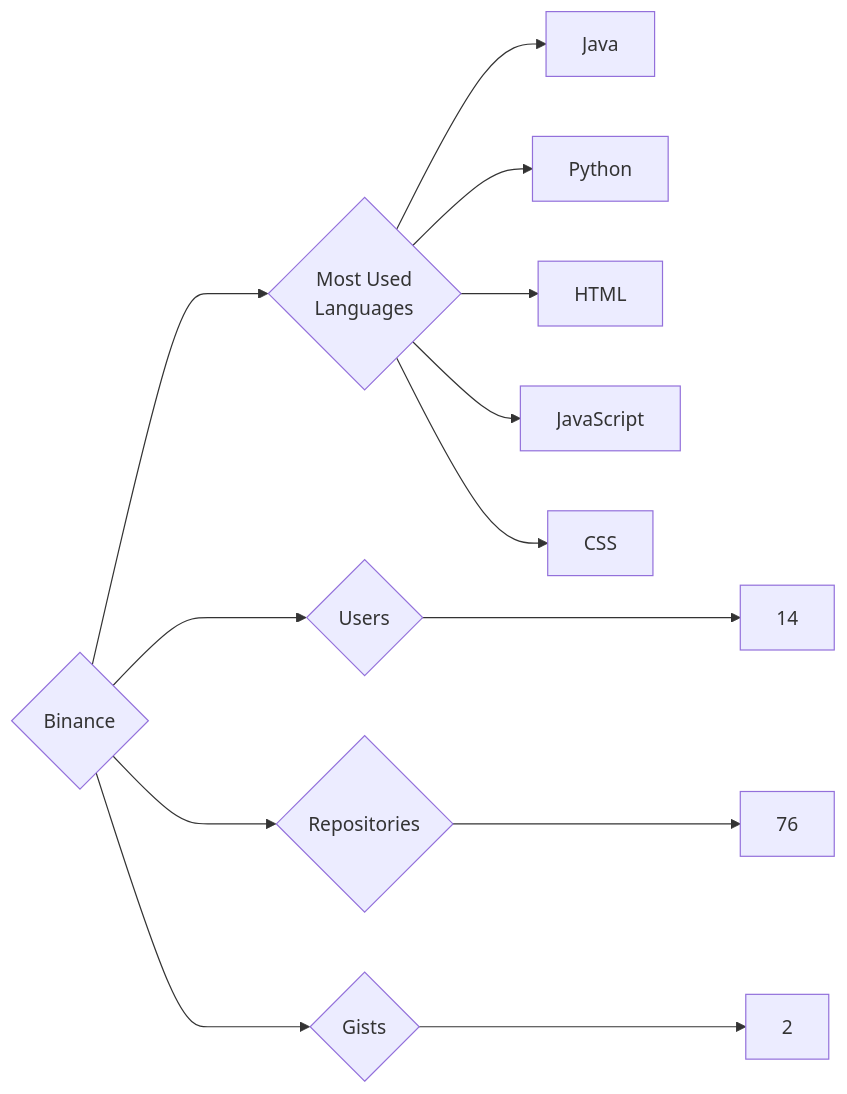
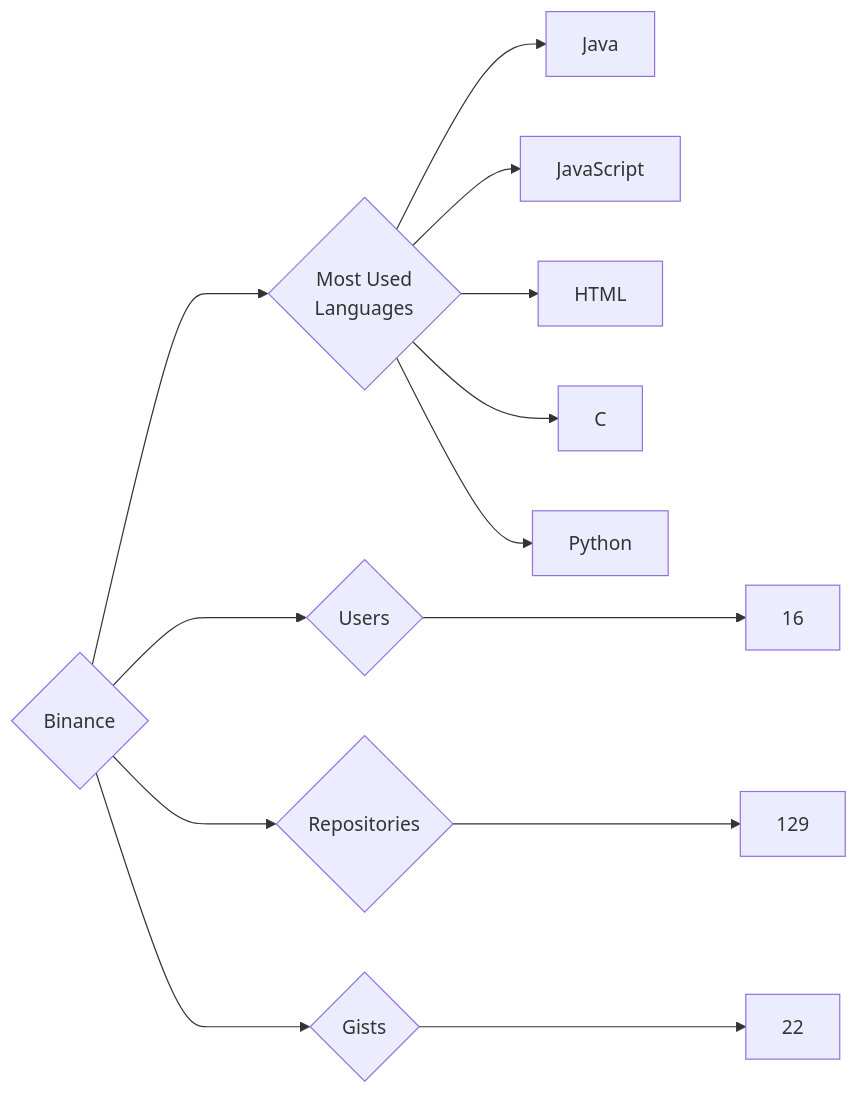
The diagram in targets/Binance/README.md (trickest/insiders), drawn with Mermaid before and after one commit. The commit also changed 752 other files, not shown here.

````diff
--- a/targets/Binance/README.md
+++ b/targets/Binance/README.md
@@ -3,13 +3,13 @@
 ```mermaid
 graph LR
 COMPANY_NAME{Binance}
-COMPANY_NAME ---> U{Users} ---> UN[14]
-COMPANY_NAME ---> R{Repositories} ---> RN[76]
-COMPANY_NAME ---> G{Gists} ---> GN[2]
+COMPANY_NAME ---> U{Users} ---> UN[16]
+COMPANY_NAME ---> R{Repositories} ---> RN[129]
+COMPANY_NAME ---> G{Gists} ---> GN[22]
 COMPANY_NAME ---> ML{Most Used<br>Languages}
 ML --> Java[Java]
+ML --> JavaScript[JavaScript]
+ML --> HTML[HTML]
+ML --> C[C]
 ML --> Python[Python]
-ML --> HTML[HTML]
-ML --> JavaScript[JavaScript]
-ML --> CSS[CSS]
 ```
````
